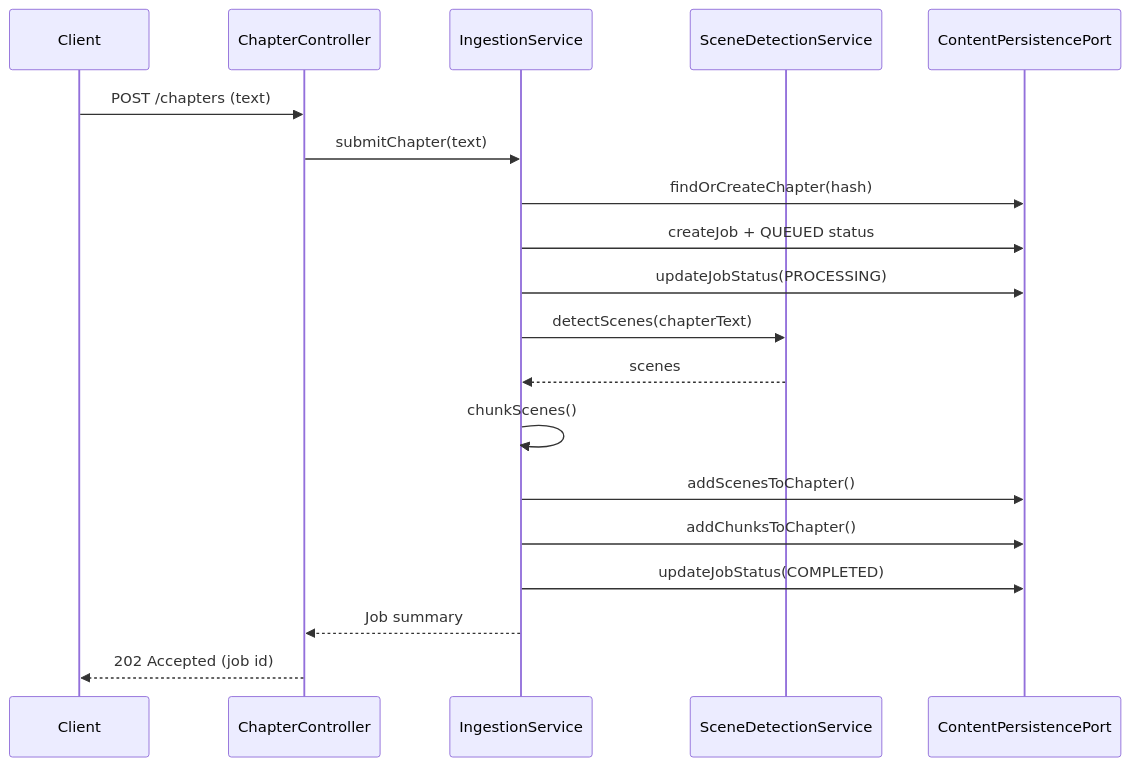
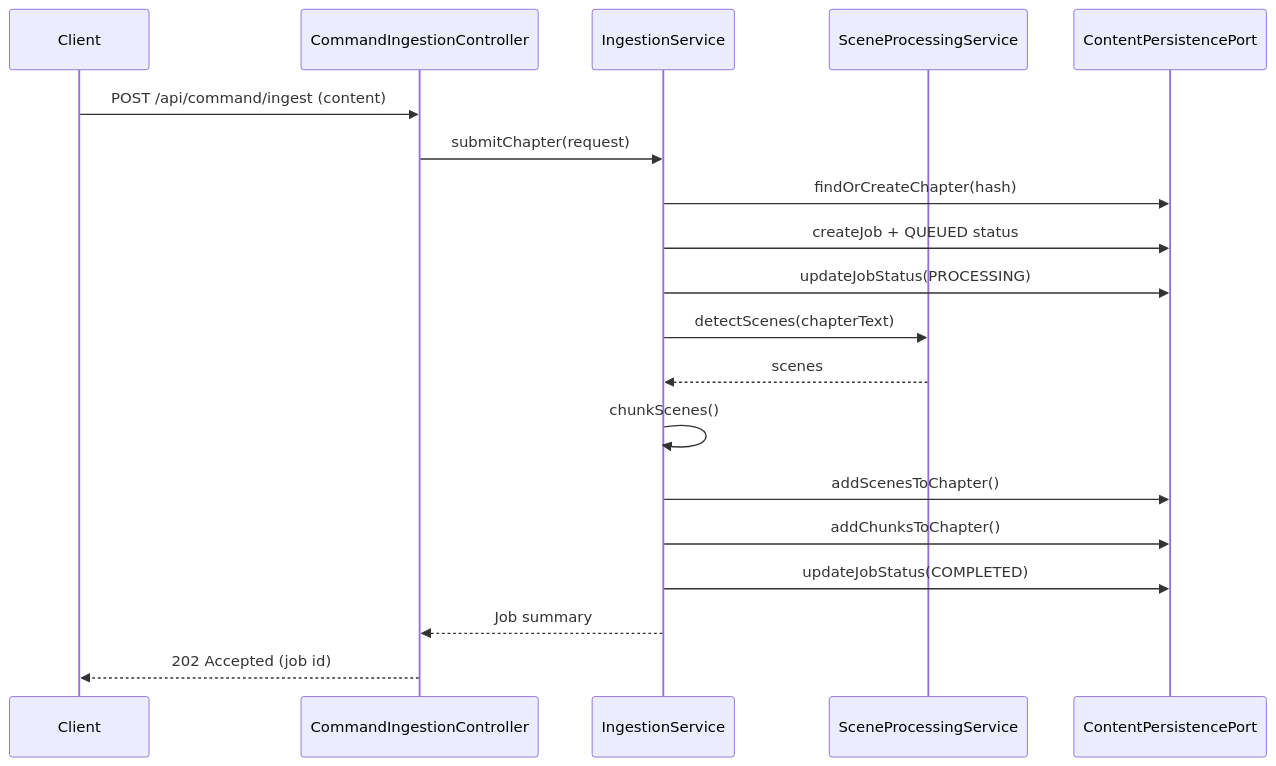
The second of 2 diagrams in docs/architecture/02-functional-viewpoint.md (chaixdev/lorevault-kb), drawn with Mermaid before and after one commit. The commit also changed other lines of this file and 4 other files, not shown here.

Commit message:
docs: update architecture and API docs to current implementation; remove version-specific notes; fix README and Markdown formatting

````diff
--- a/docs/architecture/02-functional-viewpoint.md
+++ b/docs/architecture/02-functional-viewpoint.md
@@ -60,21 +62,21 @@
 ```mermaid
 sequenceDiagram
     participant Client
-    participant API as ChapterController
+    participant API as CommandIngestionController
     participant Ing as IngestionService
-    participant Scene as SceneDetectionService
+    participant Scene as SceneProcessingService
     participant Persist as ContentPersistencePort
-    Client->>API: POST /chapters (text)
-    API->>Ing: submitChapter(text)
+    Client->>API: POST /api/command/ingest (content)
+    API->>Ing: submitChapter(request)
     Ing->>Persist: findOrCreateChapter(hash)
     Ing->>Persist: createJob + QUEUED status
     Ing->>Persist: updateJobStatus(PROCESSING)
     Ing->>Scene: detectScenes(chapterText)
     Scene-->>Ing: scenes
     Ing->>Ing: chunkScenes()
     Ing->>Persist: addScenesToChapter()
     Ing->>Persist: addChunksToChapter()
     Ing->>Persist: updateJobStatus(COMPLETED)
     Ing-->>API: Job summary
     API-->>Client: 202 Accepted (job id)
 ```
````
